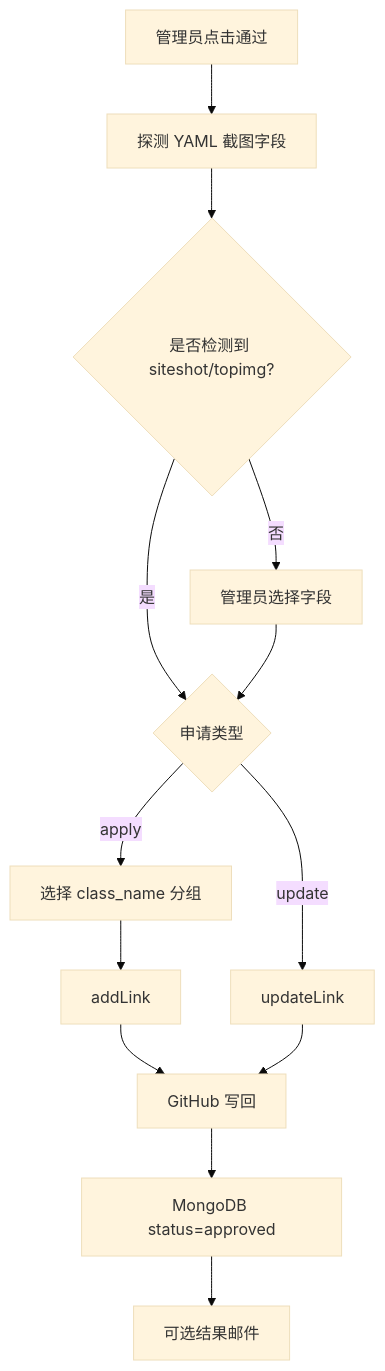
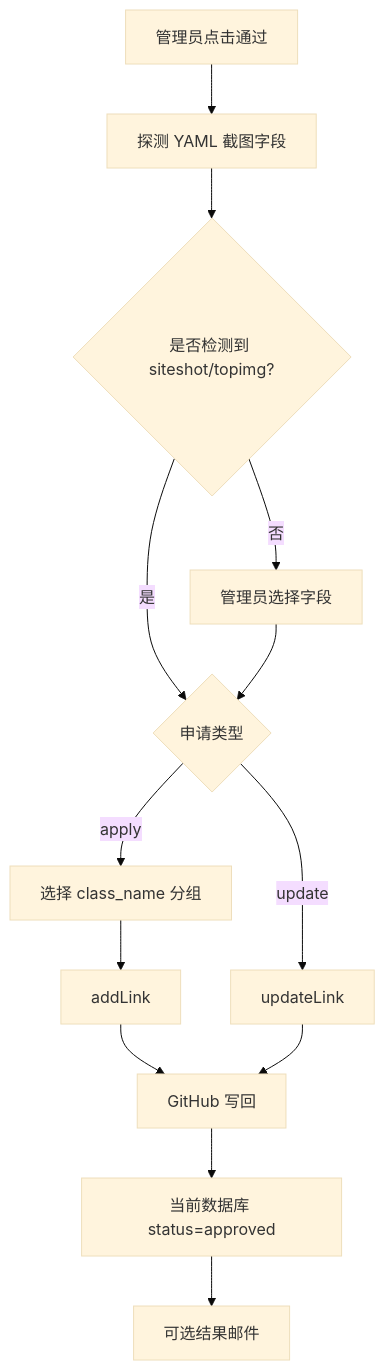
The third of 3 diagrams in docs/code-wiki/data-and-flows.md (kmoretti/friendlink-verify), drawn with Mermaid (base theme) before and after one commit. The commit also changed other lines of this file and 52 other files, not shown here.

````diff
--- a/docs/code-wiki/data-and-flows.md
+++ b/docs/code-wiki/data-and-flows.md
@@ -99,15 +99,15 @@
 ```mermaid
 flowchart TD
   Click[管理员点击通过] --> Detect[探测 YAML 截图字段]
   Detect --> ChooseField{是否检测到 siteshot/topimg?}
   ChooseField -->|否| FieldModal[管理员选择字段]
   ChooseField -->|是| Type{申请类型}
   FieldModal --> Type
   Type -->|apply| Class[选择 class_name 分组]
   Type -->|update| Update[updateLink]
   Class --> Add[addLink]
   Add --> Write[GitHub 写回]
   Update --> Write
-  Write --> Save[MongoDB status=approved]
+  Write --> Save[当前数据库 status=approved]
   Save --> ResultMail[可选结果邮件]
 ```
````
